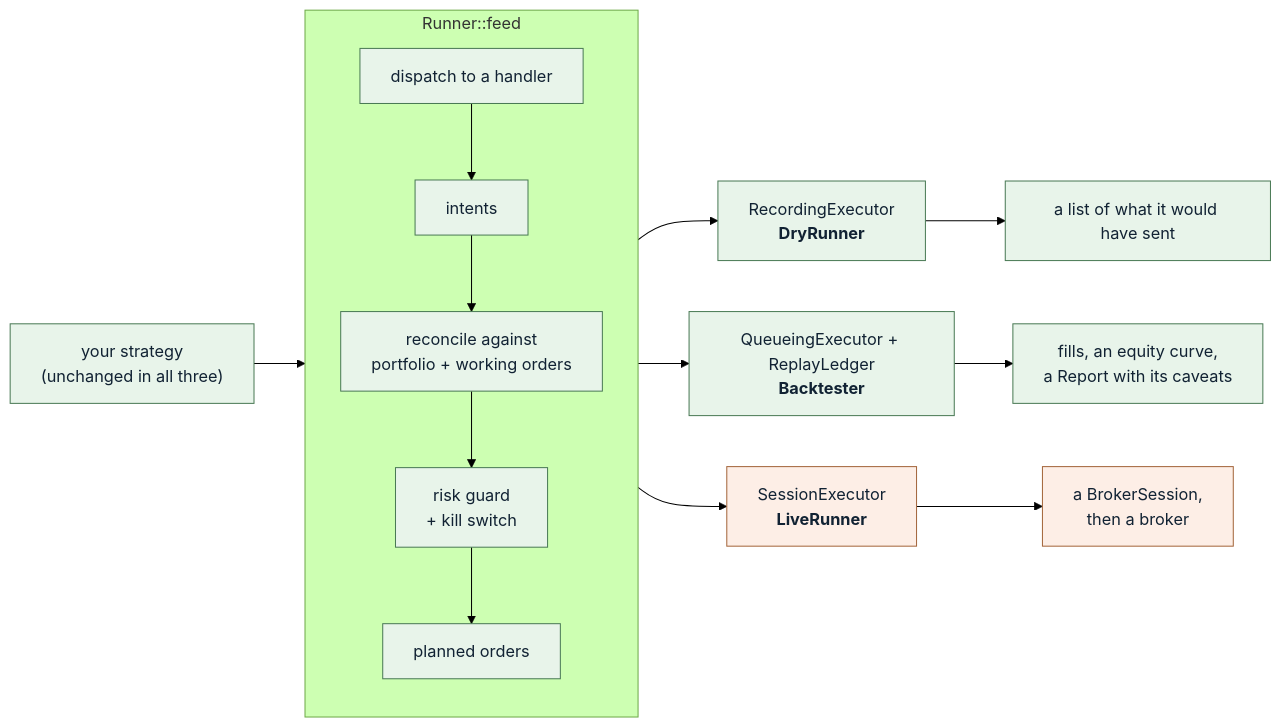
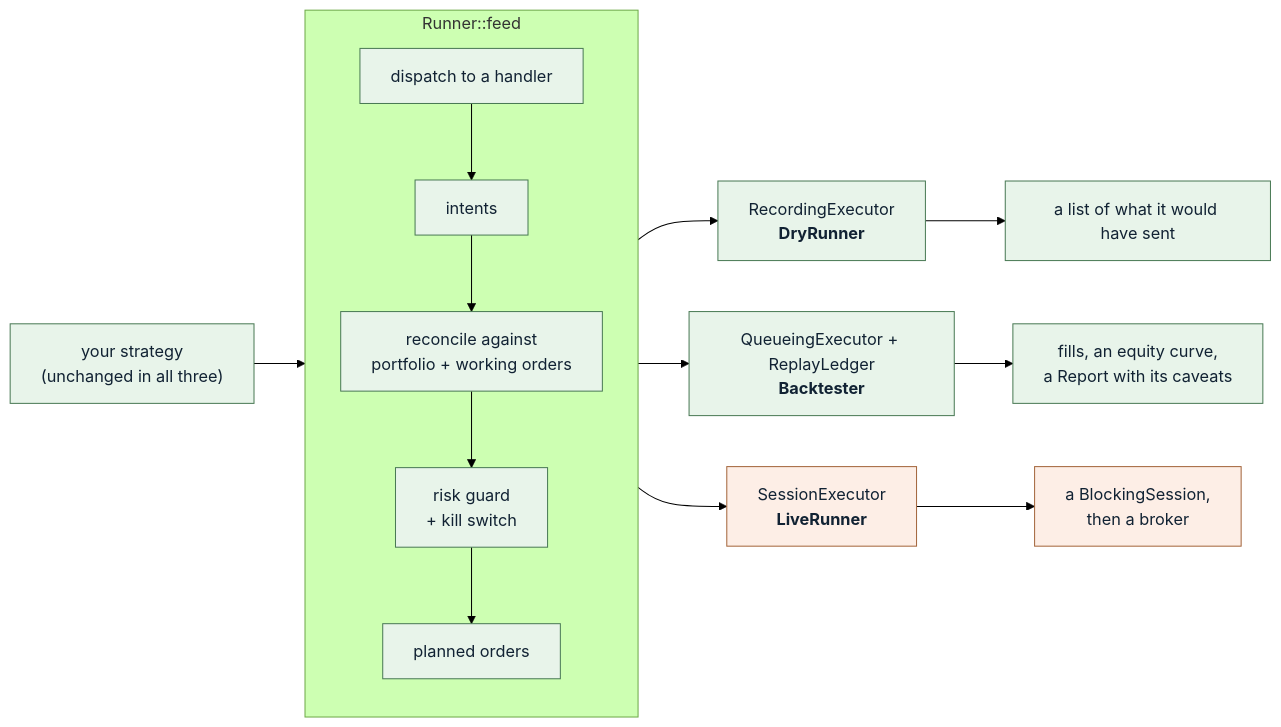
One commit to algotradelib/algotradelib changed the second of 5 diagrams in doxygen/vignettes/architecture.md. Above: the diagram before and after it, drawn with Mermaid (forest theme). The commit also changed 1 other file, not shown here.

Commit message:
docs: the live stack binds a blocking session; a startup history read can page

````diff
--- a/doxygen/vignettes/architecture.md
+++ b/doxygen/vignettes/architecture.md
@@ -115,24 +115,24 @@
 ```mermaid
 graph LR
   ST["your strategy<br/>(unchanged in all three)"]
 
   subgraph R["Runner::feed"]
     direction TB
     D["dispatch to a handler"] --> I["intents"] --> RC["reconcile against<br/>portfolio + working orders"] --> RG["risk guard<br/>+ kill switch"] --> PL["planned orders"]
   end
 
   ST --> D
 
   PL --> E1["RecordingExecutor<br/><b>DryRunner</b>"]
   PL --> E2["QueueingExecutor + ReplayLedger<br/><b>Backtester</b>"]
   PL --> E3["SessionExecutor<br/><b>LiveRunner</b>"]
 
   E1 --> O1["a list of what it would have sent"]
   E2 --> O2["fills, an equity curve,<br/>a Report with its caveats"]
-  E3 --> O3["a BrokerSession,<br/>then a broker"]
+  E3 --> O3["a BlockingSession,<br/>then a broker"]
 
   classDef pure fill:#e8f4ea,stroke:#4a7a55,color:#123
   classDef io fill:#fdeee6,stroke:#a4663c,color:#123
   class ST,D,I,RC,RG,PL,E1,E2,O1,O2 pure
   class E3,O3 io
 ```
````
